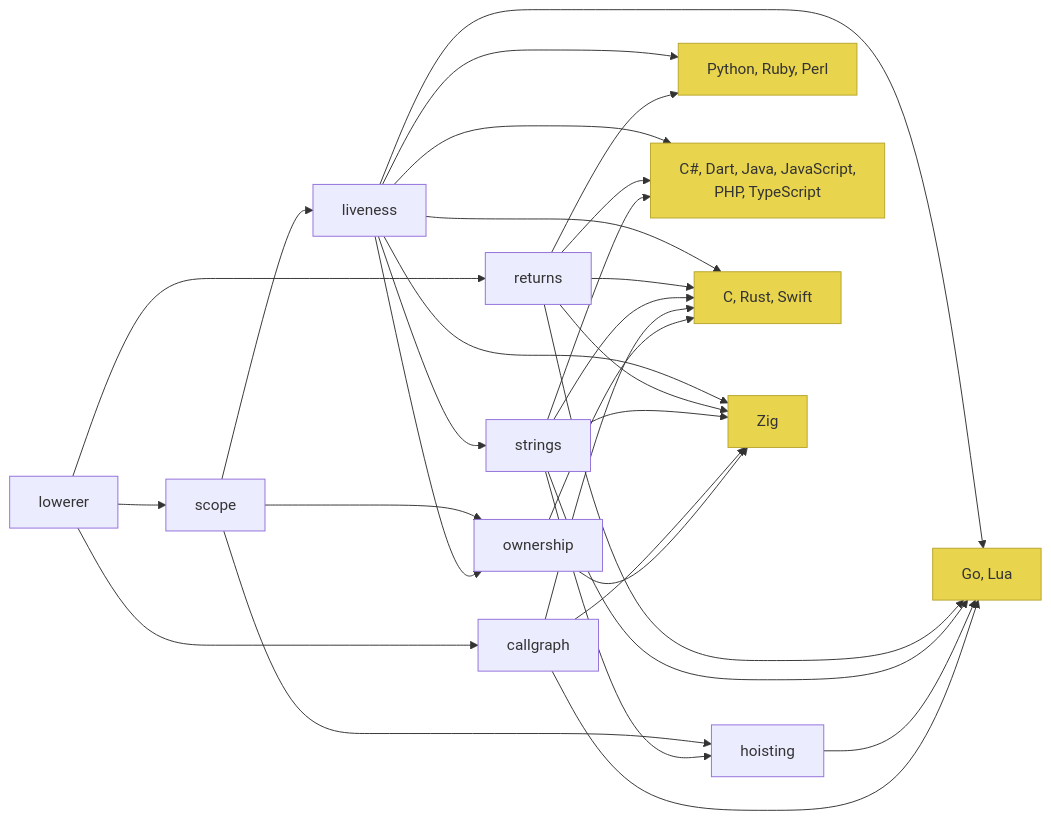
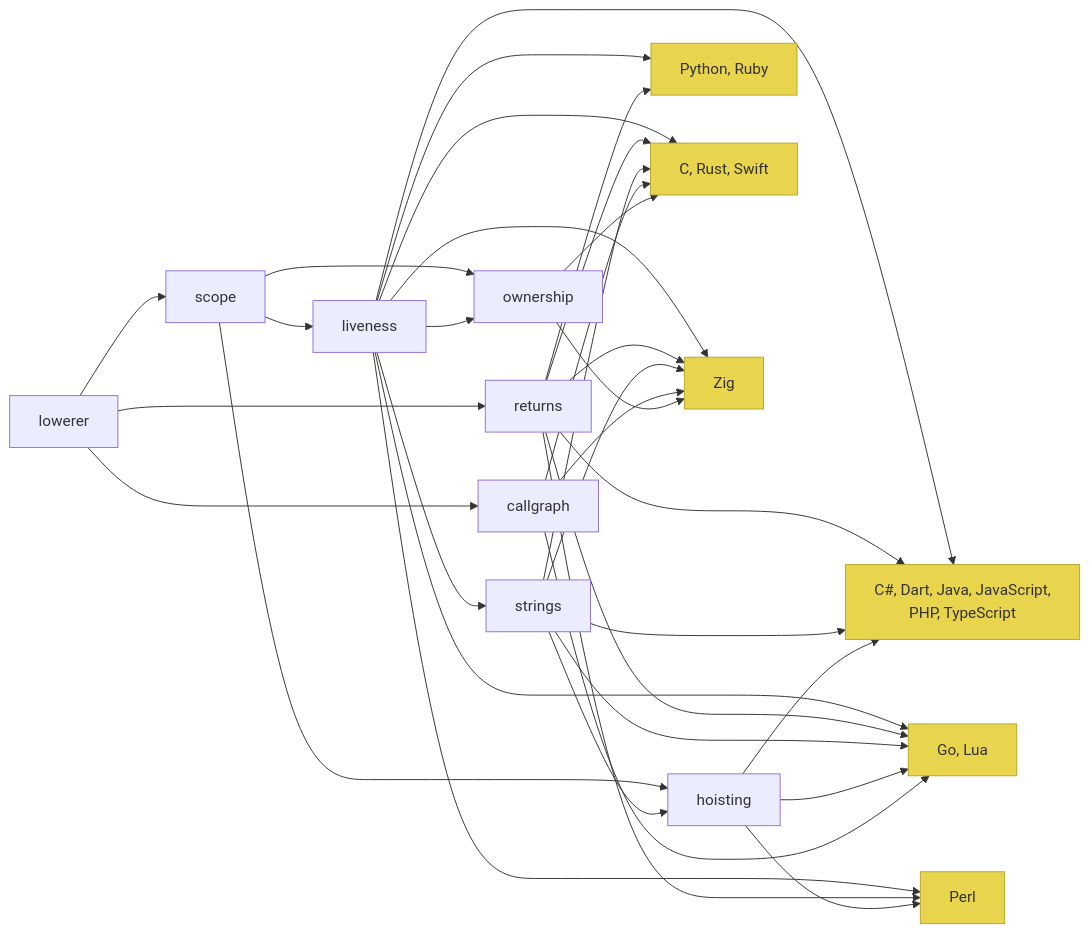
One commit to ldayton/Tongues changed the diagram in taytsh/spec/middleend-spec-v2.md. Above: the diagram before and after it, drawn with Mermaid. The commit also changed other lines of this file and 4 other files, not shown here.

````diff
--- a/taytsh/spec/middleend-spec-v2.md
+++ b/taytsh/spec/middleend-spec-v2.md
@@ -116,38 +119,42 @@
 ```mermaid
 graph LR
     lowerer --> scope
     lowerer --> returns
     lowerer --> callgraph
 
     scope --> liveness
     scope --> hoisting
     scope --> ownership
     liveness --> strings
     liveness --> ownership
     strings --> hoisting
 
-    liveness --> g1["Python, Ruby, Perl"]:::lang
+    liveness --> g1["Python, Ruby"]:::lang
     liveness --> g2["C#, Dart, Java, JavaScript,
 PHP, TypeScript"]:::lang
     liveness --> g3["Go, Lua"]:::lang
     liveness --> g4["C, Rust, Swift"]:::lang
     liveness --> g5["Zig"]:::lang
+    liveness --> g6["Perl"]:::lang
 
     returns --> g1
     returns --> g2
     returns --> g3
     returns --> g4
     returns --> g5
+    returns --> g6
     strings --> g2
     strings --> g3
     strings --> g4
     strings --> g5
+    hoisting --> g2
     hoisting --> g3
+    hoisting --> g6
     callgraph --> g3
     callgraph --> g4
     callgraph --> g5
     ownership --> g4
     ownership --> g5
 
     classDef lang fill:#e8d44d,stroke:#b8a62e,color:#333
 ```
````
